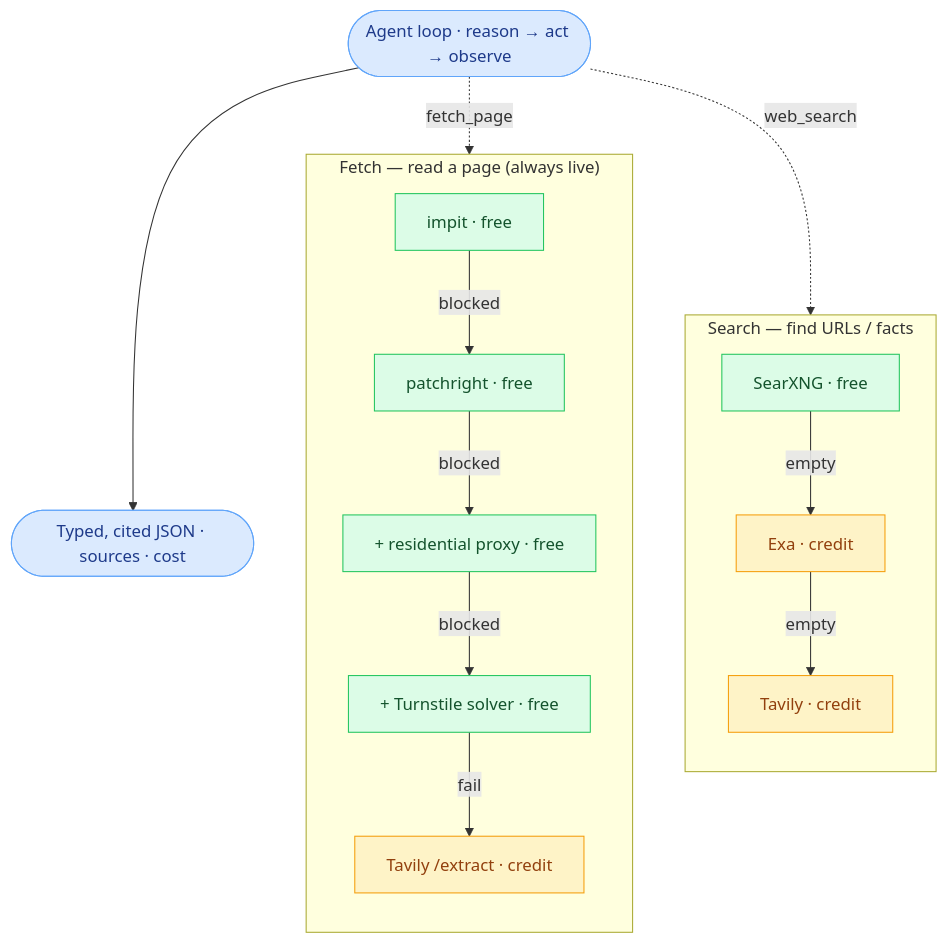
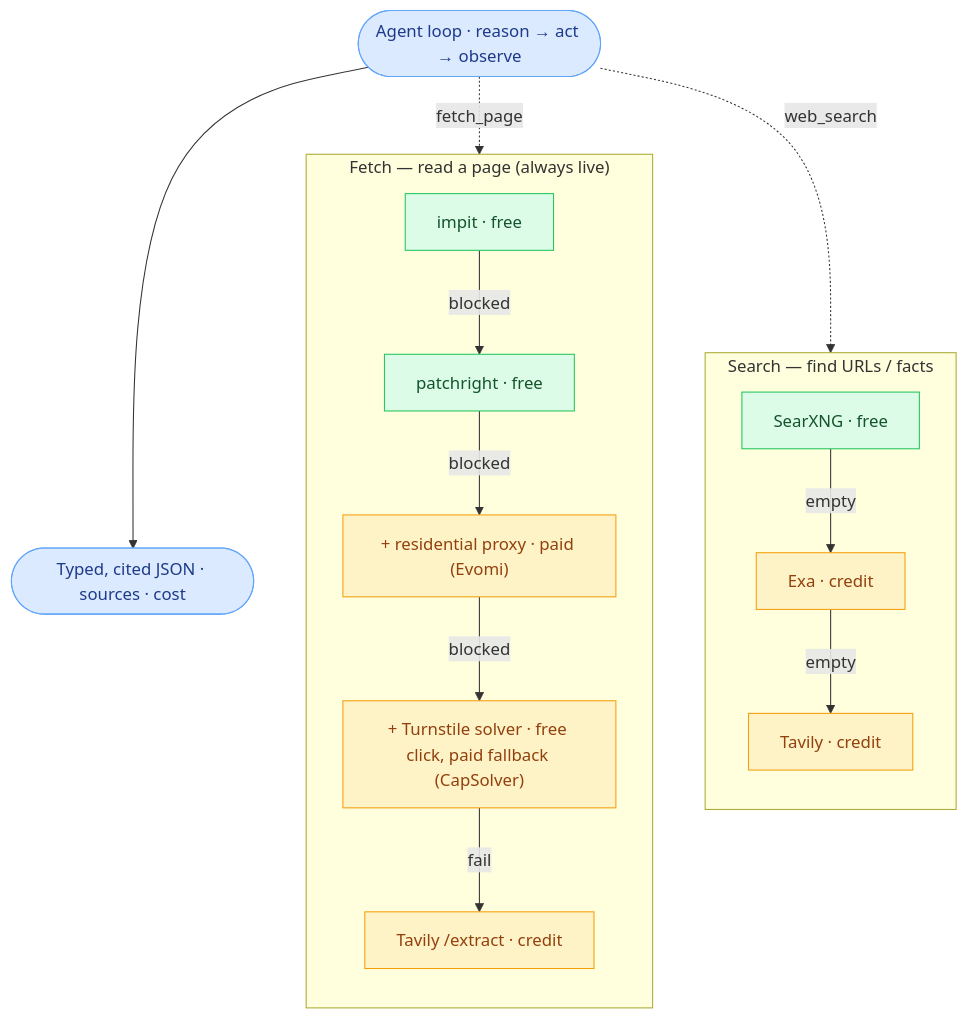
The diagram in README.md (simonbalfe/openclaygent), drawn with Mermaid before and after one commit. The commit also changed other lines of this file, not shown here.

First line of the commit message:
docs(readme): reframe setup around the free stack; fix waterfall cost labels

````diff
--- a/README.md
+++ b/README.md
@@ -34,23 +34,23 @@
 ```mermaid
 flowchart TB
   A(["Agent loop · reason → act → observe"]) --> OUT(["Typed, cited JSON · sources · cost"])
   A -. web_search .-> S1
   A -. fetch_page .-> F1
 
   subgraph SEARCH ["Search — find URLs / facts"]
     direction TB
     S1["SearXNG · free"] -->|empty| S2["Exa · credit"] -->|empty| S3["Tavily · credit"]
   end
 
   subgraph FETCH ["Fetch — read a page (always live)"]
     direction TB
-    F1["impit · free"] -->|blocked| F2["patchright · free"] -->|blocked| F3["+ residential proxy · free"] -->|blocked| F4["+ Turnstile solver · free"] -->|fail| F5["Tavily /extract · credit"]
+    F1["impit · free"] -->|blocked| F2["patchright · free"] -->|blocked| F3["+ residential proxy · paid (Evomi)"] -->|blocked| F4["+ Turnstile solver · free click, paid fallback (CapSolver)"] -->|fail| F5["Tavily /extract · credit"]
   end
 
   classDef io fill:#dbeafe,stroke:#60a5fa,color:#1e3a8a;
   classDef free fill:#dcfce7,stroke:#22c55e,color:#14532d;
   classDef paid fill:#fef3c7,stroke:#f59e0b,color:#92400e;
   class A,OUT io
-  class S1,F1,F2,F3,F4 free
-  class S2,S3,F5 paid
+  class S1,F1,F2 free
+  class S2,S3,F3,F4,F5 paid
 ```
````
